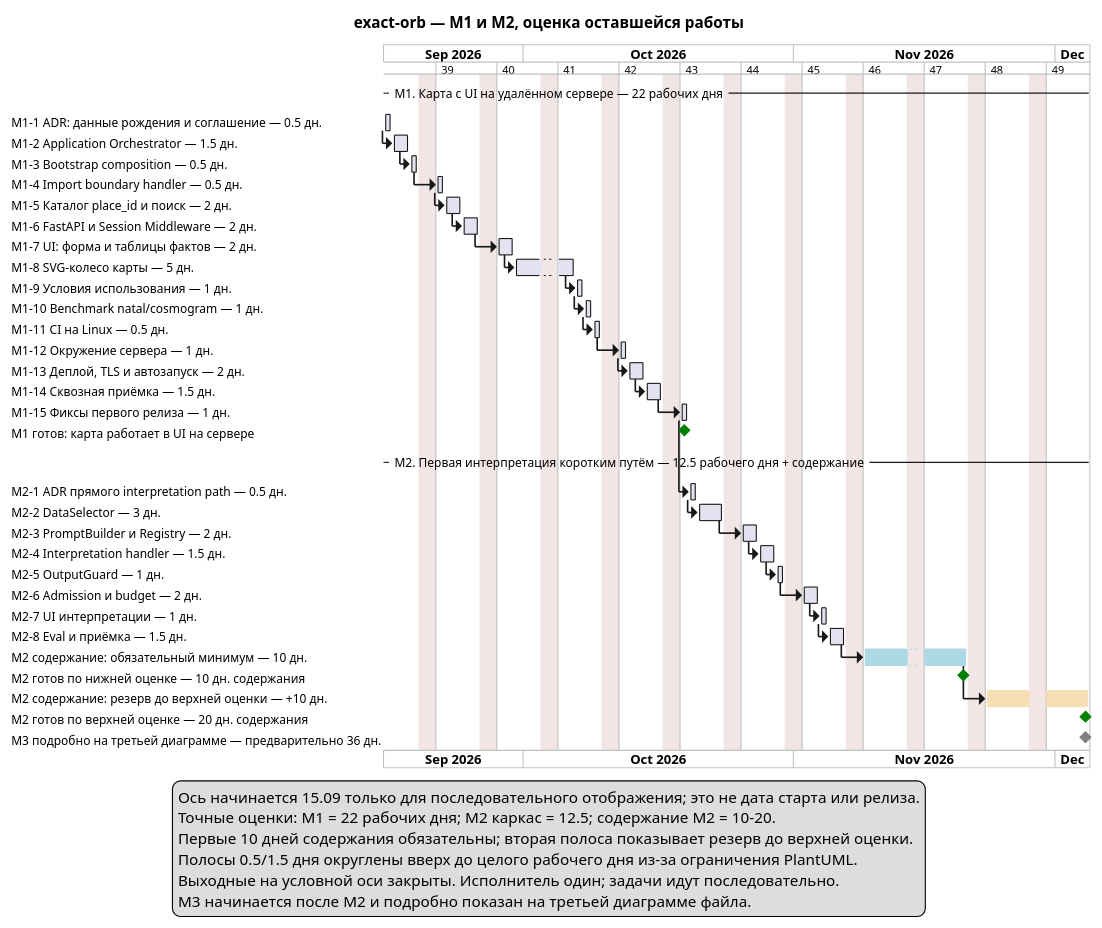
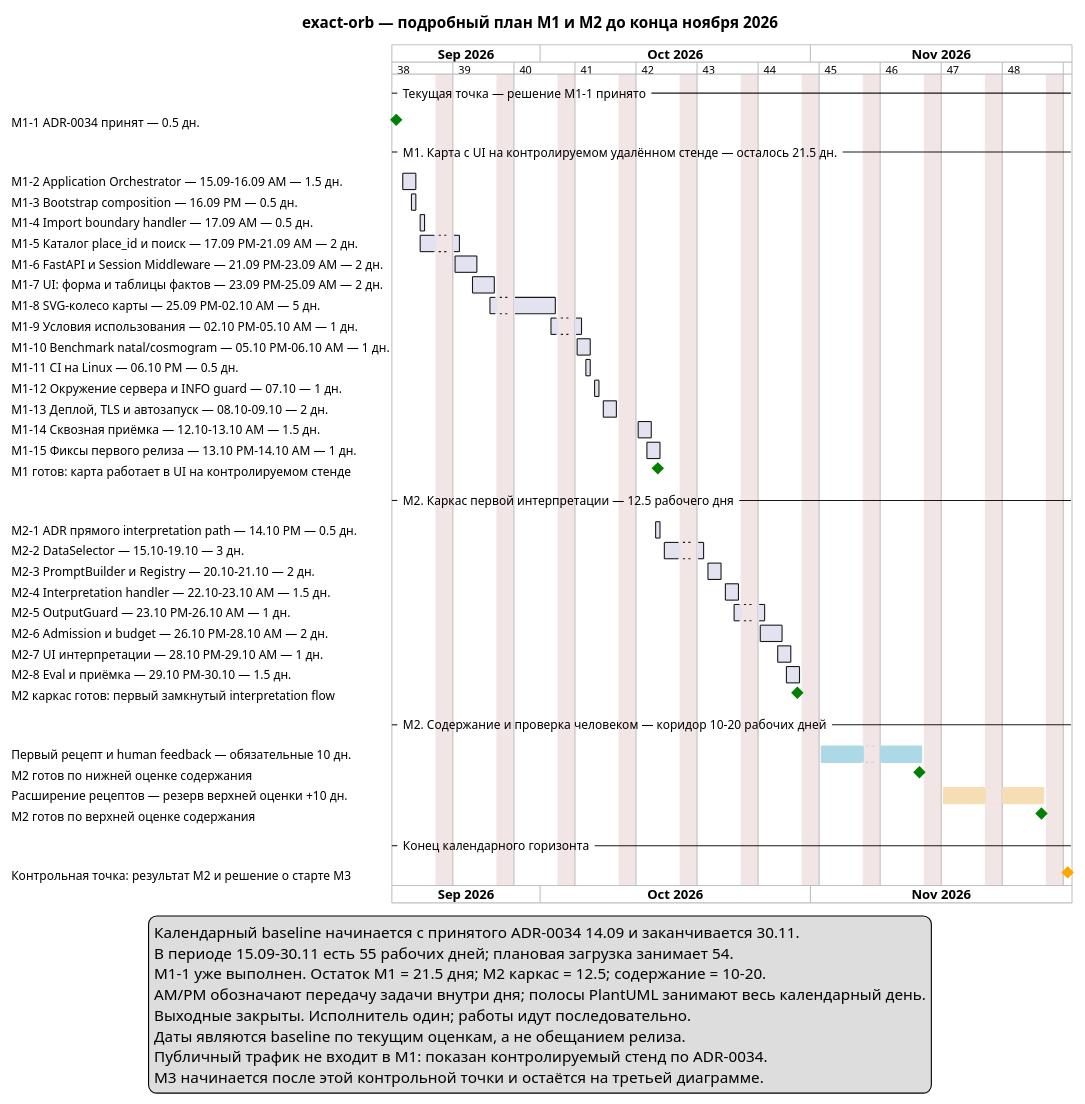
Before and after one commit to ksenia-baranova/exact-orb-demo: the diagram in docs/project_management/roadmap_remote_ui_and_interpretation_plan.puml, drawn with PlantUML. The commit also changed 6 other files, not shown here.

First line of the commit message:
docs: define birth data and November roadmap

```diff
--- a/docs/project_management/roadmap_remote_ui_and_interpretation_plan.puml
+++ b/docs/project_management/roadmap_remote_ui_and_interpretation_plan.puml
@@ -1,86 +1,80 @@
 @startgantt
-' Оценки из roadmap v3.1. Ось начинается условно; это не обещанные даты релиза.
-' PlantUML не показывает половину дня: 0.5 и 1.5 округлены вверх только в полосах.
+' Подробный календарный baseline из roadmap v3.2 от текущей точки 14.09.2026.
+' Оценки остаются рабочими днями. AM/PM в подписях сохраняют половины дня,
+' которые дневная шкала PlantUML не может показать отдельной шириной полосы.
 
-title exact-orb — M1 и M2, оценка оставшейся работы
-Project starts 2026-09-15
+title exact-orb — подробный план M1 и M2 до конца ноября 2026
+Project starts 2026-09-14
 printscale weekly zoom 2
 Label on first column
 saturday are closed
 sunday are closed
 
--- M1. Карта с UI на удалённом сервере — 22 рабочих дня --
+-- Текущая точка — решение M1-1 принято --
 
-[M1-1 ADR: данные рождения и соглашение — 0.5 дн.] as [M11] lasts 1 day
-[M1-2 Application Orchestrator — 1.5 дн.] as [M12] lasts 2 days
-[M12] starts at [M11]'s end
-[M1-3 Bootstrap composition — 0.5 дн.] as [M13] lasts 1 day
-[M13] starts at [M12]'s end
-[M1-4 Import boundary handler — 0.5 дн.] as [M14] lasts 1 day
-[M14] starts at [M13]'s end
-[M1-5 Каталог place_id и поиск — 2 дн.] as [M15] lasts 2 days
-[M15] starts at [M14]'s end
-[M1-6 FastAPI и Session Middleware — 2 дн.] as [M16] lasts 2 days
-[M16] starts at [M15]'s end
-[M1-7 UI: форма и таблицы фактов — 2 дн.] as [M17] lasts 2 days
-[M17] starts at [M16]'s end
-[M1-8 SVG-колесо карты — 5 дн.] as [M18] lasts 5 days
-[M18] starts at [M17]'s end
-[M1-9 Условия использования — 1 дн.] as [M19] lasts 1 day
-[M19] starts at [M18]'s end
-[M1-10 Benchmark natal/cosmogram — 1 дн.] as [M110] lasts 1 day
-[M110] starts at [M19]'s end
-[M1-11 CI на Linux — 0.5 дн.] as [M111] lasts 1 day
-[M111] starts at [M110]'s end
-[M1-12 Окружение сервера — 1 дн.] as [M112] lasts 1 day
-[M112] starts at [M111]'s end
-[M1-13 Деплой, TLS и автозапуск — 2 дн.] as [M113] lasts 2 days
-[M113] starts at [M112]'s end
-[M1-14 Сквозная приёмка — 1.5 дн.] as [M114] lasts 2 days
-[M114] starts at [M113]'s end
-[M1-15 Фиксы первого релиза — 1 дн.] as [M115] lasts 1 day
-[M115] starts at [M114]'s end
-[M1 готов: карта работает в UI на сервере] as [M1DONE] happens at [M115]'s end
+[M1-1 ADR-0034 принят — 0.5 дн.] as [M11] happens 2026-09-14
+[M11] is 100% complete
+[M11] is colored in Green
+
+-- M1. Карта с UI на контролируемом удалённом стенде — осталось 21.5 дн. --
+
+[M1-2 Application Orchestrator — 15.09–16.09 AM — 1.5 дн.] as [M12] starts 2026-09-15 and ends 2026-09-16
+[M1-3 Bootstrap composition — 16.09 PM — 0.5 дн.] as [M13] starts 2026-09-16 and ends 2026-09-16
+[M1-4 Import boundary handler — 17.09 AM — 0.5 дн.] as [M14] starts 2026-09-17 and ends 2026-09-17
+[M1-5 Каталог place_id и поиск — 17.09 PM–21.09 AM — 2 дн.] as [M15] starts 2026-09-17 and ends 2026-09-21
+[M1-6 FastAPI и Session Middleware — 21.09 PM–23.09 AM — 2 дн.] as [M16] starts 2026-09-21 and ends 2026-09-23
+[M1-7 UI: форма и таблицы фактов — 23.09 PM–25.09 AM — 2 дн.] as [M17] starts 2026-09-23 and ends 2026-09-25
+[M1-8 SVG-колесо карты — 25.09 PM–02.10 AM — 5 дн.] as [M18] starts 2026-09-25 and ends 2026-10-02
+[M1-9 Условия использования — 02.10 PM–05.10 AM — 1 дн.] as [M19] starts 2026-10-02 and ends 2026-10-05
+[M1-10 Benchmark natal/cosmogram — 05.10 PM–06.10 AM — 1 дн.] as [M110] starts 2026-10-05 and ends 2026-10-06
+[M1-11 CI на Linux — 06.10 PM — 0.5 дн.] as [M111] starts 2026-10-06 and ends 2026-10-06
+[M1-12 Окружение сервера и INFO guard — 07.10 — 1 дн.] as [M112] starts 2026-10-07 and ends 2026-10-07
+[M1-13 Деплой, TLS и автозапуск — 08.10–09.10 — 2 дн.] as [M113] starts 2026-10-08 and ends 2026-10-09
+[M1-14 Сквозная приёмка — 12.10–13.10 AM — 1.5 дн.] as [M114] starts 2026-10-12 and ends 2026-10-13
+[M1-15 Фиксы первого релиза — 13.10 PM–14.10 AM — 1 дн.] as [M115] starts 2026-10-13 and ends 2026-10-14
+
+[M1 готов: карта работает в UI на контролируемом стенде] as [M1DONE] happens 2026-10-14
 [M1DONE] is colored in Green
 
--- M2. Первая интерпретация коротким путём — 12.5 рабочего дня + содержание --
+-- M2. Каркас первой интерпретации — 12.5 рабочего дня --
 
-[M2-1 ADR прямого interpretation path — 0.5 дн.] as [M21] lasts 1 day
-[M21] starts at [M115]'s end
-[M2-2 DataSelector — 3 дн.] as [M22] lasts 3 days
-[M22] starts at [M21]'s end
-[M2-3 PromptBuilder и Registry — 2 дн.] as [M23] lasts 2 days
-[M23] starts at [M22]'s end
-[M2-4 Interpretation handler — 1.5 дн.] as [M24] lasts 2 days
-[M24] starts at [M23]'s end
-[M2-5 OutputGuard — 1 дн.] as [M25] lasts 1 day
-[M25] starts at [M24]'s end
-[M2-6 Admission и budget — 2 дн.] as [M26] lasts 2 days
-[M26] starts at [M25]'s end
-[M2-7 UI интерпретации — 1 дн.] as [M27] lasts 1 day
-[M27] starts at [M26]'s end
-[M2-8 Eval и приёмка — 1.5 дн.] as [M28] lasts 2 days
-[M28] starts at [M27]'s end
-[M2 содержание: обязательный минимум — 10 дн.] as [M2C10] lasts 10 days
-[M2C10] starts at [M28]'s end
+[M2-1 ADR прямого interpretation path — 14.10 PM — 0.5 дн.] as [M21] starts 2026-10-14 and ends 2026-10-14
+[M2-2 DataSelector — 15.10–19.10 — 3 дн.] as [M22] starts 2026-10-15 and ends 2026-10-19
+[M2-3 PromptBuilder и Registry — 20.10–21.10 — 2 дн.] as [M23] starts 2026-10-20 and ends 2026-10-21
+[M2-4 Interpretation handler — 22.10–23.10 AM — 1.5 дн.] as [M24] starts 2026-10-22 and ends 2026-10-23
+[M2-5 OutputGuard — 23.10 PM–26.10 AM — 1 дн.] as [M25] starts 2026-10-23 and ends 2026-10-26
+[M2-6 Admission и budget — 26.10 PM–28.10 AM — 2 дн.] as [M26] starts 2026-10-26 and ends 2026-10-28
+[M2-7 UI интерпретации — 28.10 PM–29.10 AM — 1 дн.] as [M27] starts 2026-10-28 and ends 2026-10-29
+[M2-8 Eval и приёмка — 29.10 PM–30.10 — 1.5 дн.] as [M28] starts 2026-10-29 and ends 2026-10-30
+
+[M2 каркас готов: первый замкнутый interpretation flow] as [M2CORE] happens 2026-10-30
+[M2CORE] is colored in Green
+
+-- M2. Содержание и проверка человеком — коридор 10–20 рабочих дней --
+
+[Первый рецепт и human feedback — обязательные 10 дн.] as [M2C10] starts 2026-11-02 and ends 2026-11-13
 [M2C10] is colored in LightBlue
-[M2 готов по нижней оценке — 10 дн. содержания] as [M2EARLY] happens at [M2C10]'s end
+[M2 готов по нижней оценке содержания] as [M2EARLY] happens 2026-11-13
 [M2EARLY] is colored in Green
-[M2 содержание: резерв до верхней оценки — +10 дн.] as [M2C20] lasts 10 days
-[M2C20] starts at [M2C10]'s end
+
+[Расширение рецептов — резерв верхней оценки +10 дн.] as [M2C20] starts 2026-11-16 and ends 2026-11-27
 [M2C20] is colored in Wheat
-[M2 готов по верхней оценке — 20 дн. содержания] as [M2DONE] happens at [M2C20]'s end
+[M2 готов по верхней оценке содержания] as [M2DONE] happens 2026-11-27
 [M2DONE] is colored in Green
 
-[M3 подробно на третьей диаграмме — предварительно 36 дн.] as [M3OPEN] happens at [M2C20]'s end
-[M3OPEN] is colored in Gray
+-- Конец календарного горизонта --
+
+[Контрольная точка: результат M2 и решение о старте M3] as [NOVREVIEW] happens 2026-11-30
+[NOVREVIEW] is colored in Orange
 
 legend bottom
-  Ось начинается 15.09 только для последовательного отображения; это не дата старта или релиза.
-  Точные оценки: M1 = 22 рабочих дня; M2 каркас = 12.5; содержание M2 = 10–20.
-  Первые 10 дней содержания обязательны; вторая полоса показывает резерв до верхней оценки.
-  Полосы 0.5/1.5 дня округлены вверх до целого рабочего дня из-за ограничения PlantUML.
-  Выходные на условной оси закрыты. Исполнитель один; задачи идут последовательно.
-  M3 начинается после M2 и подробно показан на третьей диаграмме файла.
+  Календарный baseline начинается с принятого ADR-0034 14.09 и заканчивается 30.11.
+  В периоде 15.09–30.11 есть 55 рабочих дней; плановая загрузка занимает 54.
+  M1-1 уже выполнен. Остаток M1 = 21.5 дня; M2 каркас = 12.5; содержание = 10–20.
+  AM/PM обозначают передачу задачи внутри дня; полосы PlantUML занимают весь календарный день.
+  Выходные закрыты. Исполнитель один; работы идут последовательно.
+  Даты являются baseline по текущим оценкам, а не обещанием релиза.
+  Публичный трафик не входит в M1: показан контролируемый стенд по ADR-0034.
+  M3 начинается после этой контрольной точки и остаётся на третьей диаграмме.
 endlegend
 @endgantt
```
